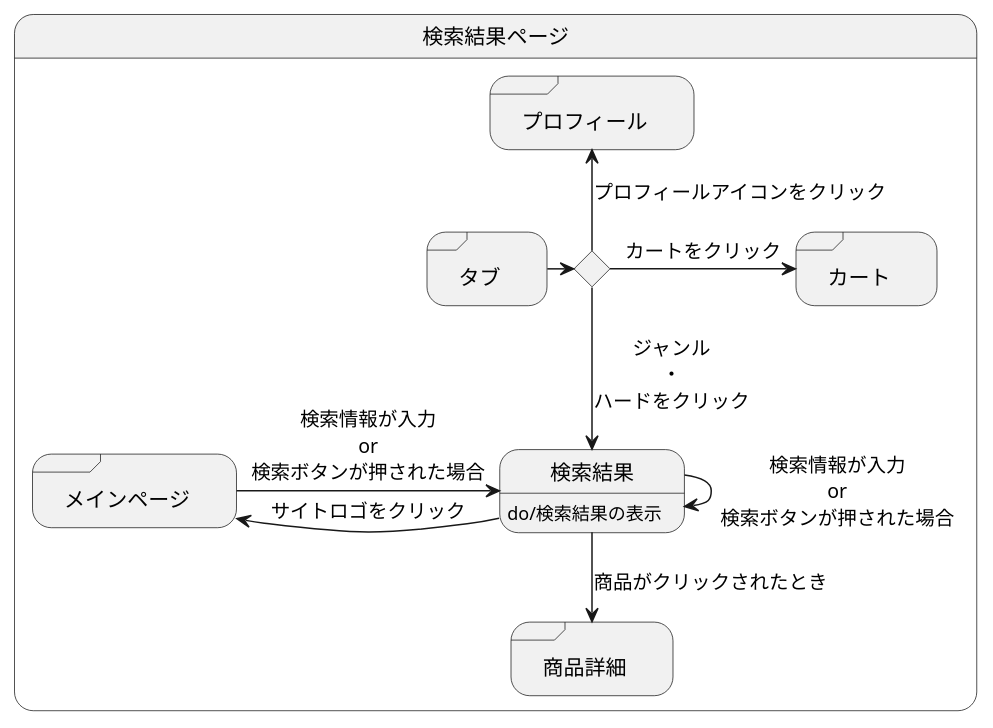
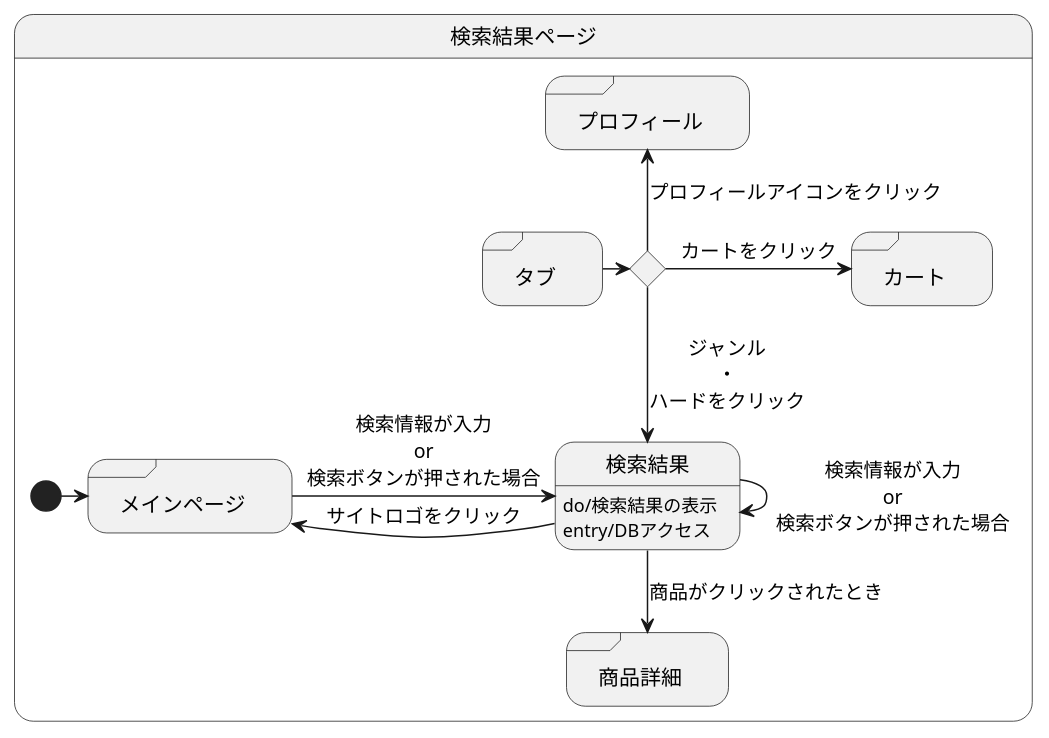
Before and after one commit to akutori/T-D-E: the diagram in 検索結果.md, drawn with PlantUML.

Commit message:
始点の追加、追記

````diff
--- a/検索結果.md
+++ b/検索結果.md
@@ -1,28 +1,29 @@
 ```uml
 @startuml
 state 検索結果ページ{
 
     state ifinput <<choice>>
     state 検索結果:do/検索結果の表示
+    state 検索結果:entry/DBアクセス
     state "商品詳細" as goodsdetail <<sdlreceive>>
     state "メインページ" as mainpage <<sdlreceive>>
     state "タブ" as tab <<sdlreceive>>
     state "カート" as cart <<sdlreceive>>
     state "プロフィール" as profile <<sdlreceive>>
-
+    [*] -> mainpage
     mainpage -> 検索結果 :検索情報が入力\nor\n検索ボタンが押された場合
     検索結果 --> goodsdetail :商品がクリックされたとき
     検索結果 --> 検索結果 :検索情報が入力\nor\n検索ボタンが押された場合
     検索結果 -left-> mainpage :サイトロゴをクリック
 
 
     tab -> ifinput 
     ifinput --> 検索結果 :ジャンル\n・\nハードをクリック
     ifinput -> cart :カートをクリック
     ifinput -up-> profile :プロフィールアイコンをクリック
 
 
 }
 
 @enduml
 ```
````
